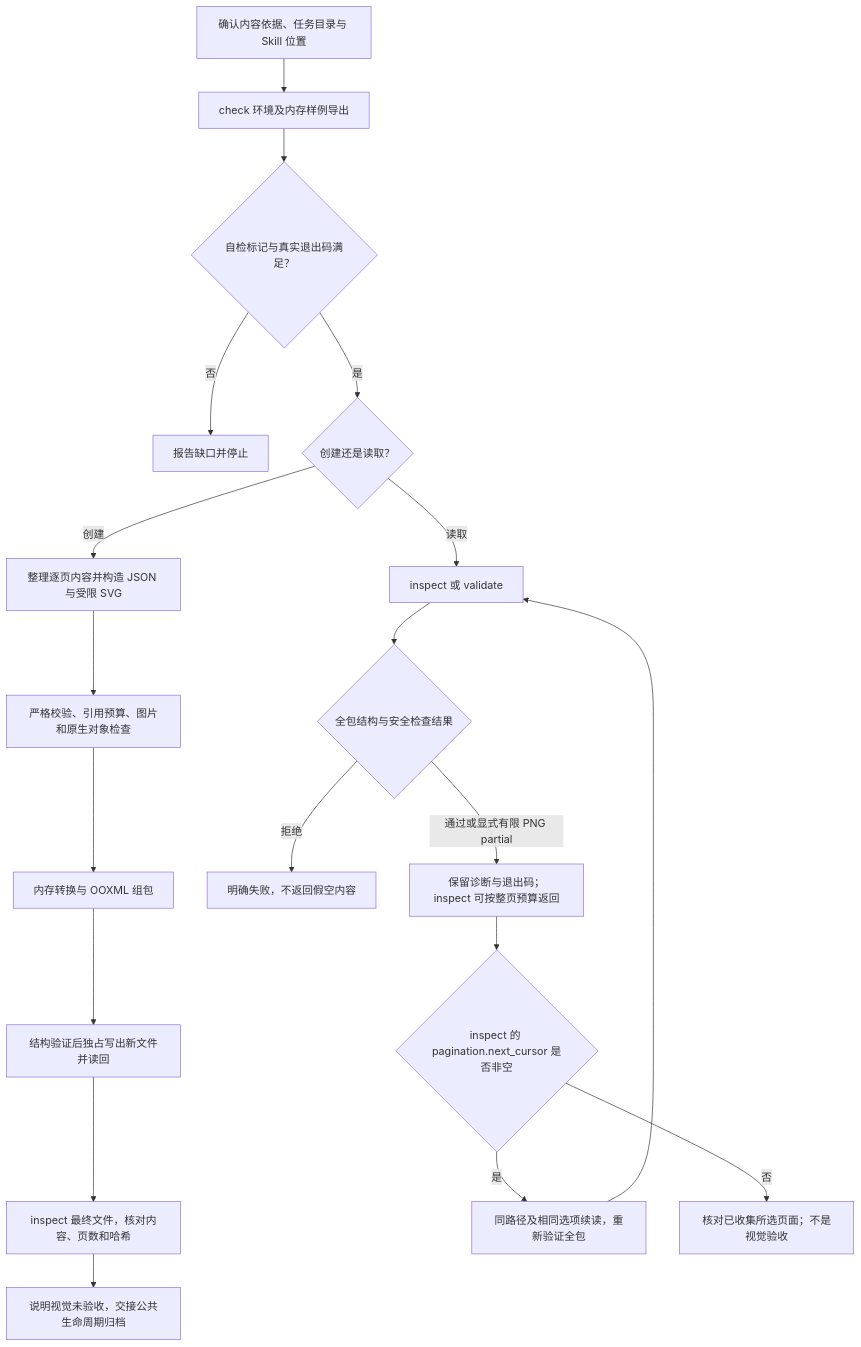
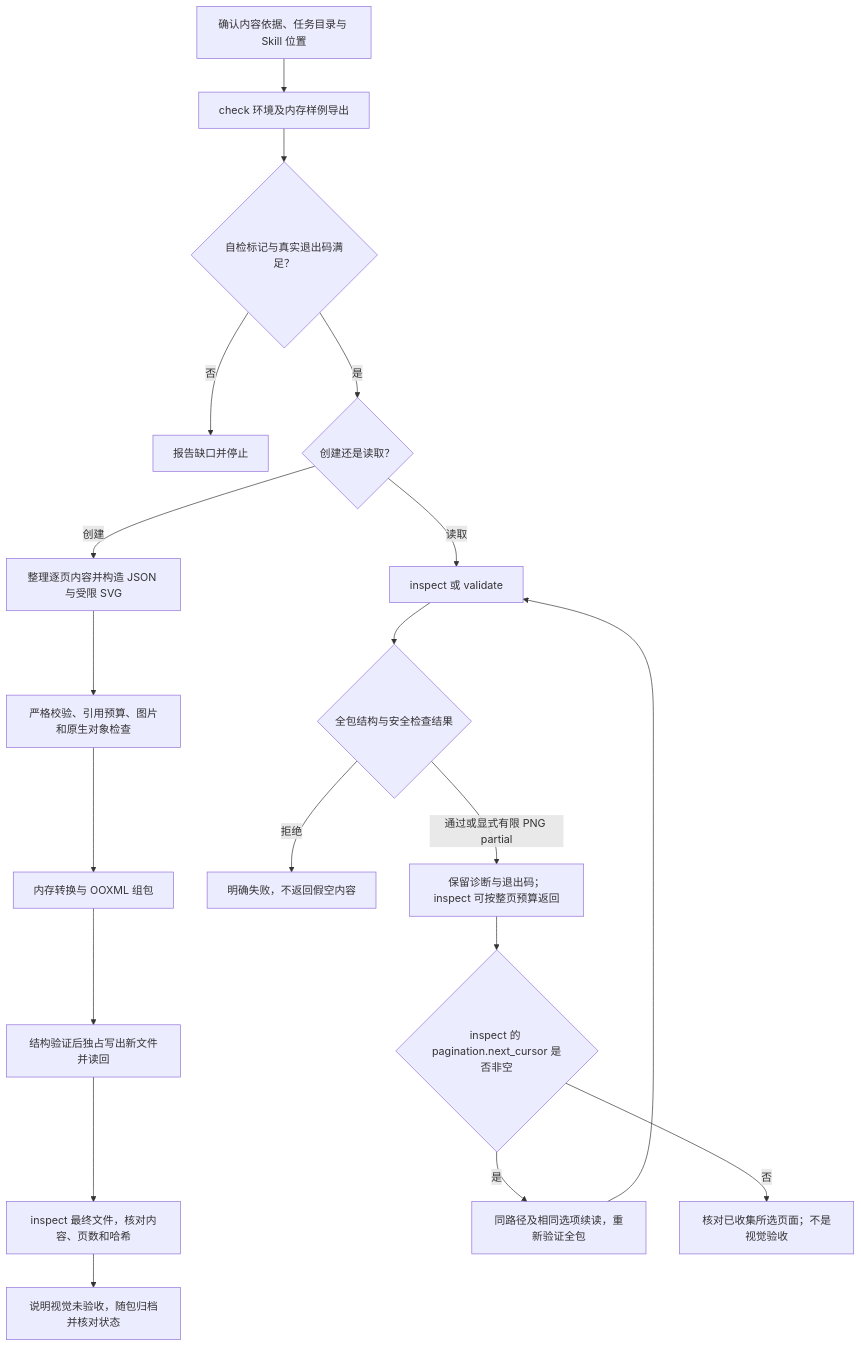
Before and after one commit to JohnParken/PSL-SKILLS: the second of 2 diagrams in docs/skills/pptx.md, drawn with Mermaid. The commit also changed other lines of this file and 36 other files, not shown here.

````diff
--- a/docs/skills/pptx.md
+++ b/docs/skills/pptx.md
@@ -64,21 +66,21 @@
 ```mermaid
 flowchart TD
     A["确认内容依据、任务目录与 Skill 位置"] --> B["check 环境及内存样例导出"]
     B --> C{"自检标记与真实退出码满足？"}
     C -->|"否"| X["报告缺口并停止"]
     C -->|"是"| D{"创建还是读取？"}
     D -->|"创建"| E["整理逐页内容并构造 JSON 与受限 SVG"]
     E --> F["严格校验、引用预算、图片和原生对象检查"]
     F --> G["内存转换与 OOXML 组包"]
     G --> H["结构验证后独占写出新文件并读回"]
     H --> I["inspect 最终文件，核对内容、页数和哈希"]
-    I --> J["说明视觉未验收，交接公共生命周期归档"]
+    I --> J["说明视觉未验收，随包归档并核对状态"]
     D -->|"读取"| K["inspect 或 validate"]
     K --> L{"全包结构与安全检查结果"}
     L -->|"拒绝"| Y["明确失败，不返回假空内容"]
     L -->|"通过或显式有限 PNG partial"| M["保留诊断与退出码；inspect 可按整页预算返回"]
     M --> O{"inspect 的 pagination.next_cursor 是否非空"}
     O -->|"是"| P["同路径及相同选项续读，重新验证全包"]
     P --> K
     O -->|"否"| Q["核对已收集所选页面；不是视觉验收"]
 ```
````
